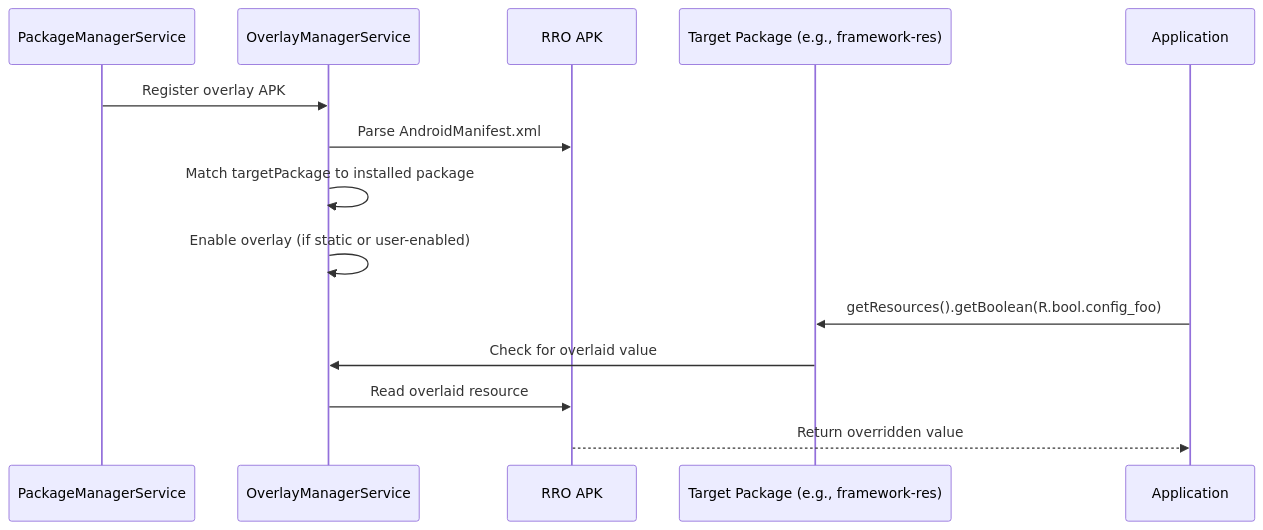
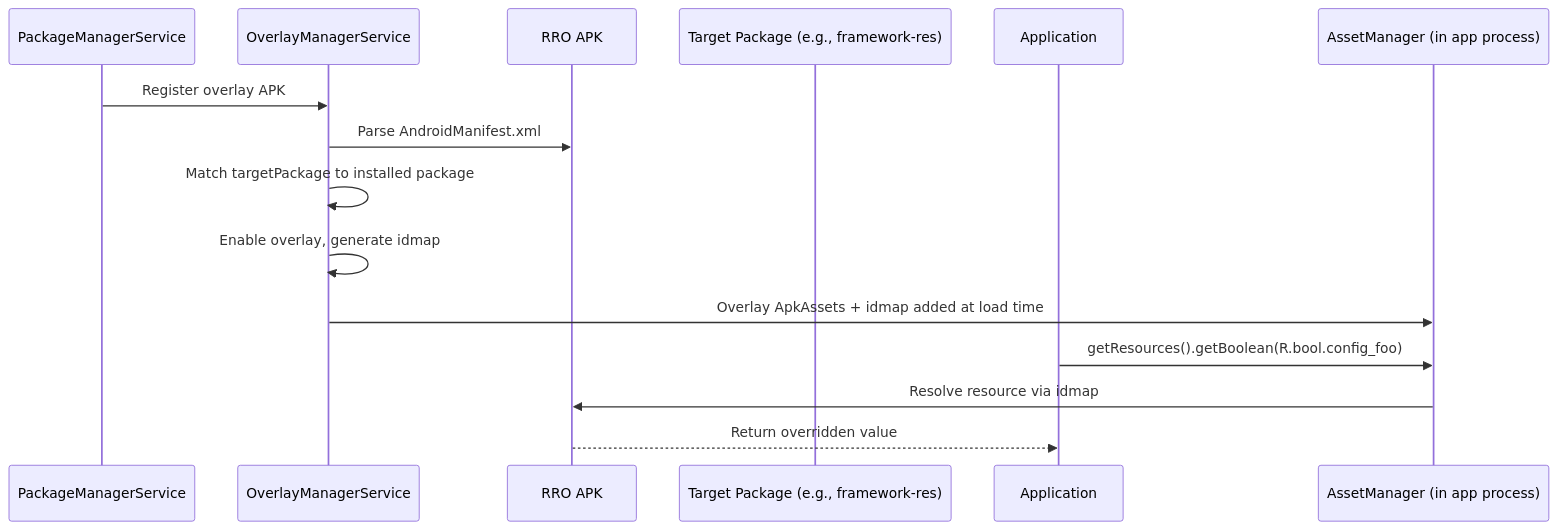
Before and after one commit to aospbooks/aosp-internal-book: the seventh of 23 diagrams in agents/claude/skills/aosp-practical/65-custom-rom.md, drawn with Mermaid. The commit also changed other lines of this file and 218 other files, not shown here.

````diff
--- a/agents/claude/skills/aosp-practical/65-custom-rom.md
+++ b/agents/claude/skills/aosp-practical/65-custom-rom.md
@@ -1387,18 +1395,20 @@
 ```mermaid
 sequenceDiagram
     participant PMS as PackageManagerService
     participant OMS as OverlayManagerService
     participant RRO as RRO APK
     participant Target as Target Package (e.g., framework-res)
     participant App as Application
 
+    participant AM as AssetManager (in app process)
+
     PMS->>OMS: Register overlay APK
     OMS->>RRO: Parse AndroidManifest.xml
     OMS->>OMS: Match targetPackage to installed package
-    OMS->>OMS: Enable overlay (if static or user-enabled)
+    OMS->>OMS: Enable overlay, generate idmap
+    OMS->>AM: Overlay ApkAssets + idmap added at load time
 
-    App->>Target: getResources().getBoolean(R.bool.config_foo)
-    Target->>OMS: Check for overlaid value
-    OMS->>RRO: Read overlaid resource
+    App->>AM: getResources().getBoolean(R.bool.config_foo)
+    AM->>RRO: Resolve resource via idmap
     RRO-->>App: Return overridden value
 ```
````
